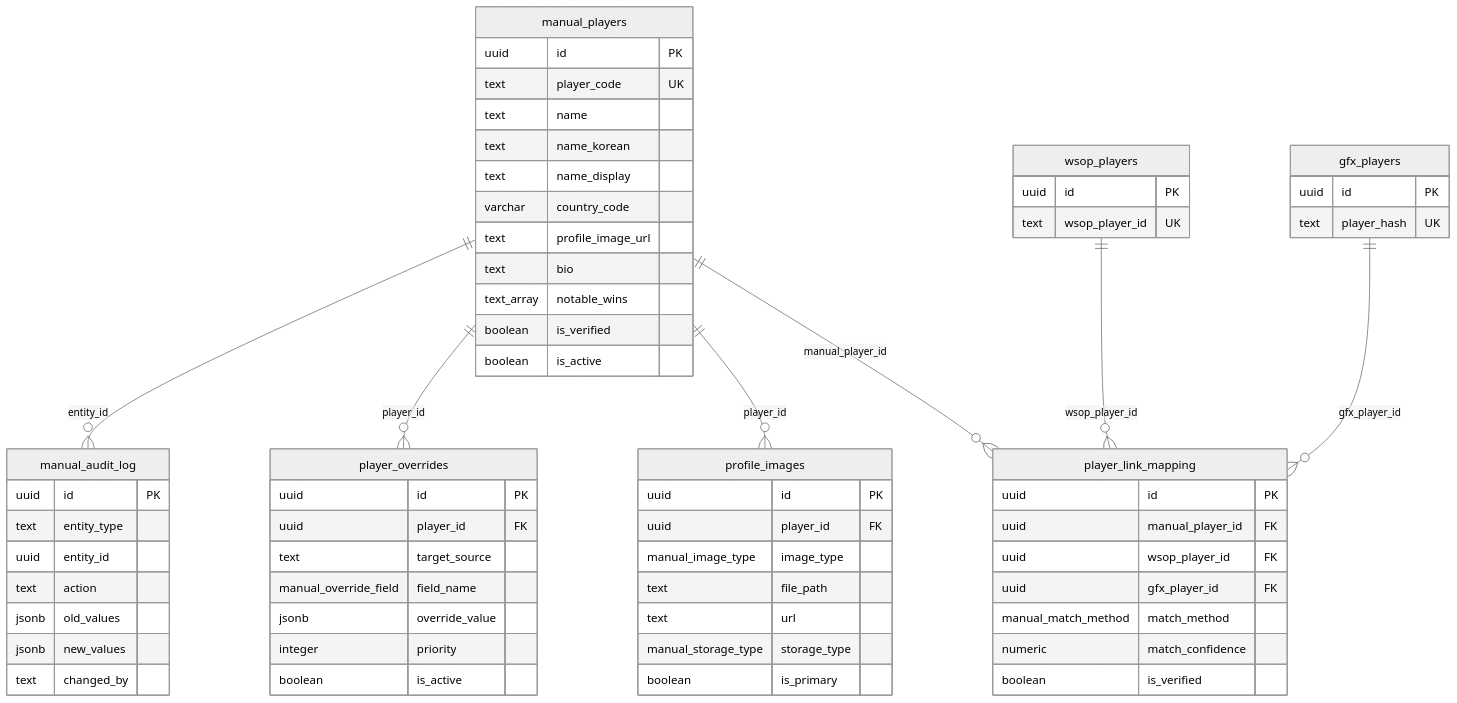
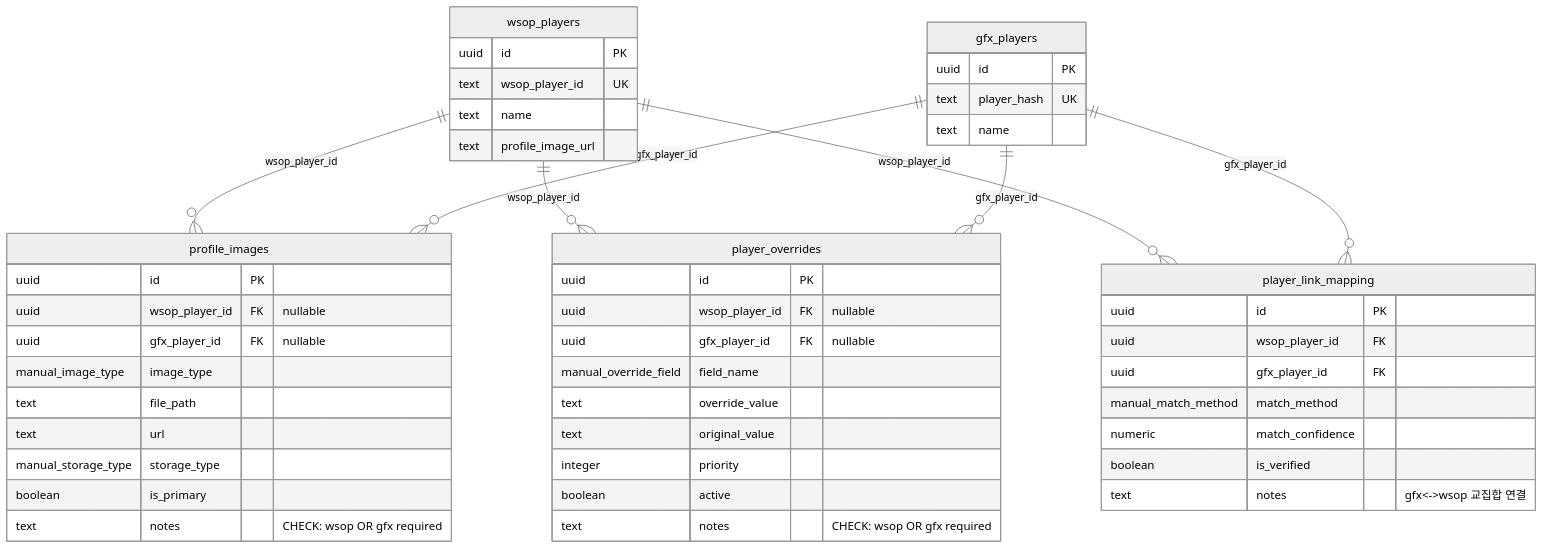
The diagram in docs/erd/03_manual_schema.mmd (garimto81/automation_schema), drawn with Mermaid (neutral theme) before and after one commit. The commit also changed 16 other files, not shown here.

```diff
--- a/docs/erd/03_manual_schema.mmd
+++ b/docs/erd/03_manual_schema.mmd
@@ -1,71 +1,61 @@
+%% Player Override & Profile Schema ERD
+%% Updated: 2026-01-16 (manual_players 삭제됨)
+
 erDiagram
-    manual_players ||--o{ profile_images : "player_id"
-    manual_players ||--o{ player_overrides : "player_id"
-    manual_players ||--o{ player_link_mapping : "manual_player_id"
-    manual_players ||--o{ manual_audit_log : "entity_id"
+    wsop_players ||--o{ profile_images : "wsop_player_id"
+    gfx_players ||--o{ profile_images : "gfx_player_id"
+    wsop_players ||--o{ player_overrides : "wsop_player_id"
+    gfx_players ||--o{ player_overrides : "gfx_player_id"
     wsop_players ||--o{ player_link_mapping : "wsop_player_id"
     gfx_players ||--o{ player_link_mapping : "gfx_player_id"
 
-    manual_players {
-        uuid id PK
-        text player_code UK
-        text name
-        text name_korean
-        text name_display
-        varchar country_code
-        text profile_image_url
-        text bio
-        text_array notable_wins
-        boolean is_verified
-        boolean is_active
-    }
-
     profile_images {
         uuid id PK
-        uuid player_id FK
+        uuid wsop_player_id FK "nullable"
+        uuid gfx_player_id FK "nullable"
         manual_image_type image_type
         text file_path
         text url
         manual_storage_type storage_type
         boolean is_primary
+        text notes "CHECK: wsop OR gfx required"
     }
 
     player_overrides {
         uuid id PK
-        uuid player_id FK
-        text target_source
+        uuid wsop_player_id FK "nullable"
+        uuid gfx_player_id FK "nullable"
         manual_override_field field_name
-        jsonb override_value
+        text override_value
+        text original_value
         integer priority
-        boolean is_active
+        boolean active
+        text notes "CHECK: wsop OR gfx required"
     }
 
     player_link_mapping {
         uuid id PK
-        uuid manual_player_id FK
         uuid wsop_player_id FK
         uuid gfx_player_id FK
         manual_match_method match_method
         numeric match_confidence
         boolean is_verified
-    }
-
-    manual_audit_log {
-        uuid id PK
-        text entity_type
-        uuid entity_id
-        text action
-        jsonb old_values
-        jsonb new_values
-        text changed_by
+        text notes "gfx<->wsop 교집합 연결"
     }
 
     wsop_players {
         uuid id PK
         text wsop_player_id UK
+        text name
+        text profile_image_url
     }
 
     gfx_players {
         uuid id PK
         text player_hash UK
+        text name
     }
+
+    %% 삭제된 테이블 (참고용)
+    %% manual_players - 삭제됨
+    %% manual_audit_log - 삭제됨
```
